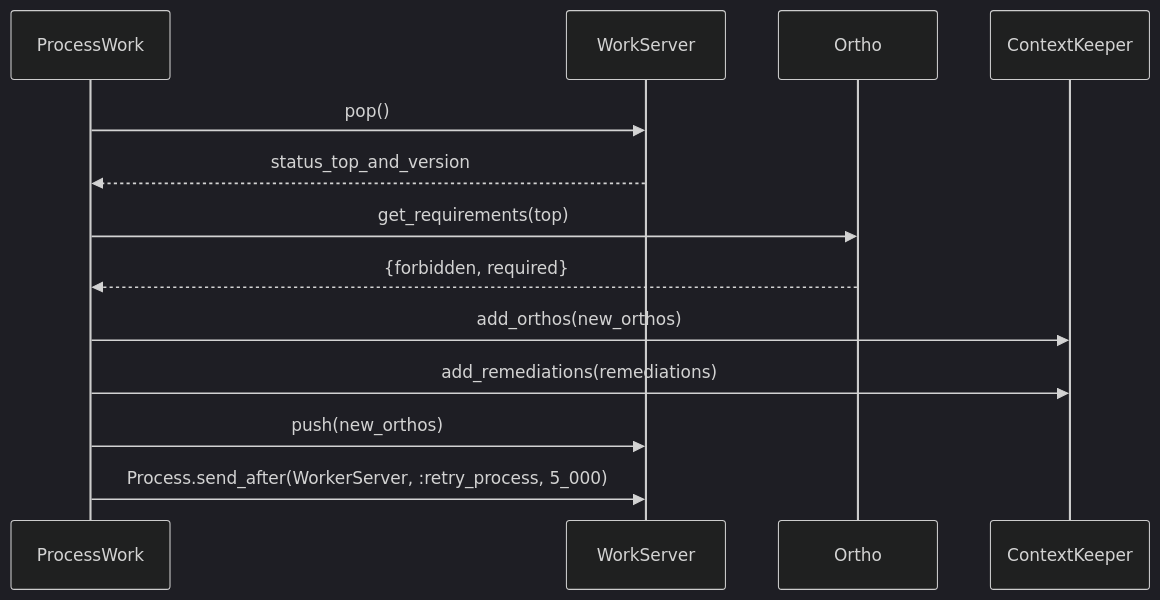
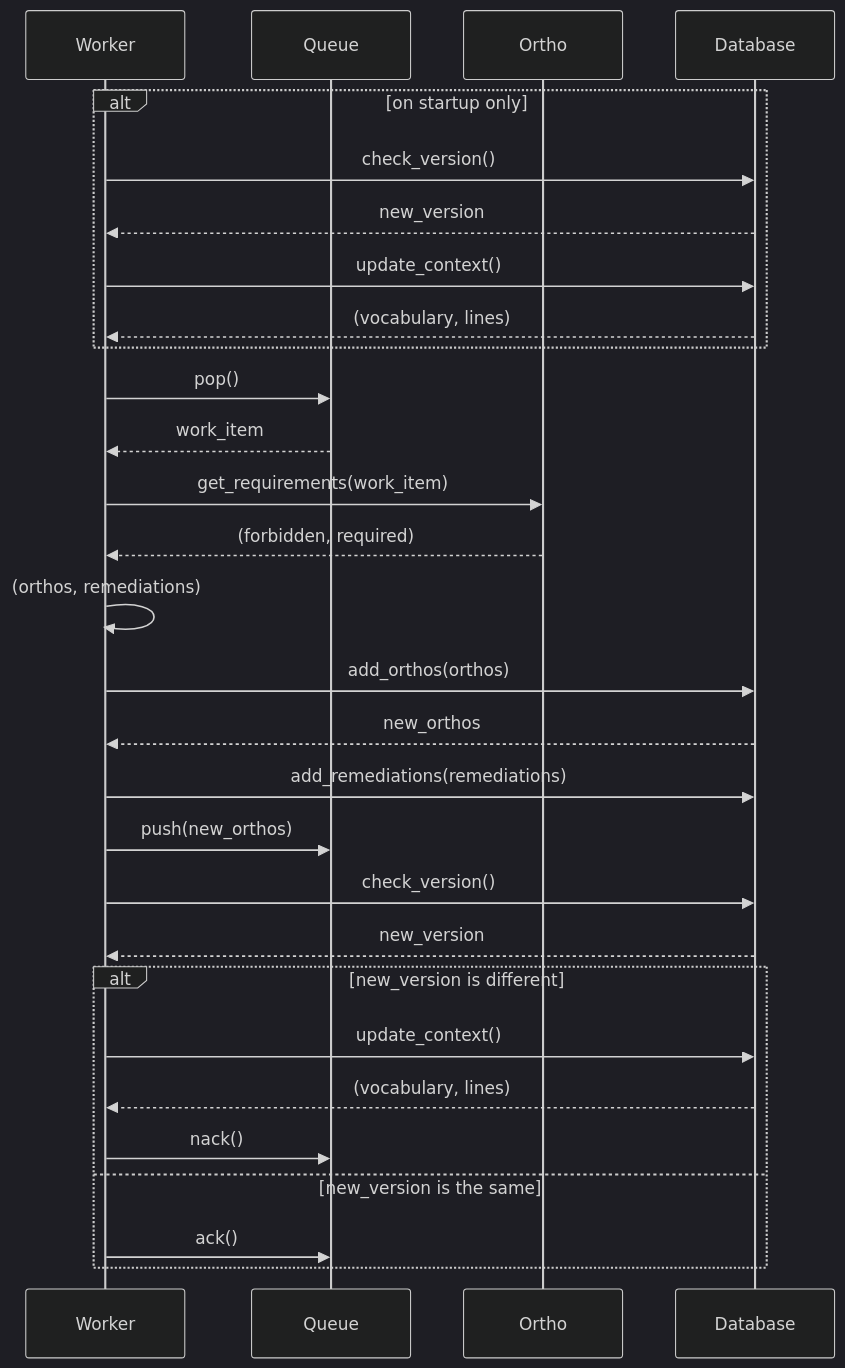
Before and after one commit to michaelrauh/crochet: the diagram in work.md, drawn with Mermaid (dark theme). The commit also changed 17 other files, not shown here.

````diff
--- a/work.md
+++ b/work.md
@@ -1,16 +1,34 @@
 ```mermaid
 sequenceDiagram
-    participant ProcessWork
-    participant WorkServer
+    participant Worker
+    participant Queue
     participant Ortho
-    participant ContextKeeper
+    participant Database
 
-    ProcessWork->>WorkServer: pop()
-    WorkServer-->>ProcessWork: status_top_and_version
-    ProcessWork->>Ortho: get_requirements(top)
-    Ortho-->>ProcessWork: {forbidden, required}
-    ProcessWork->>ContextKeeper: add_orthos(new_orthos)
-    ProcessWork->>ContextKeeper: add_remediations(remediations)
-    ProcessWork->>WorkServer: push(new_orthos)
-    ProcessWork->>WorkServer: Process.send_after(WorkerServer, :retry_process, 5_000)
+    alt on startup only
+        Worker->>Database: check_version()
+        Database-->>Worker: new_version
+        Worker->>Database: update_context()
+        Database-->>Worker: (vocabulary, lines)
+    end
+
+    Worker->>Queue: pop()
+    Queue-->>Worker: work_item
+    Worker->>Ortho: get_requirements(work_item)
+    Ortho-->>Worker: (forbidden, required)
+    Worker ->> Worker: (orthos, remediations)
+    Worker->>Database: add_orthos(orthos)
+    Database-->>Worker: new_orthos
+    Worker->>Database: add_remediations(remediations)
+    Worker->>Queue: push(new_orthos)
+    Worker->>Database: check_version()
+    Database-->>Worker: new_version
+
+    alt new_version is different
+        Worker->>Database: update_context()
+        Database-->>Worker: (vocabulary, lines)
+        Worker->>Queue: nack()
+    else new_version is the same
+        Worker->>Queue: ack()
+    end
 ```
````
